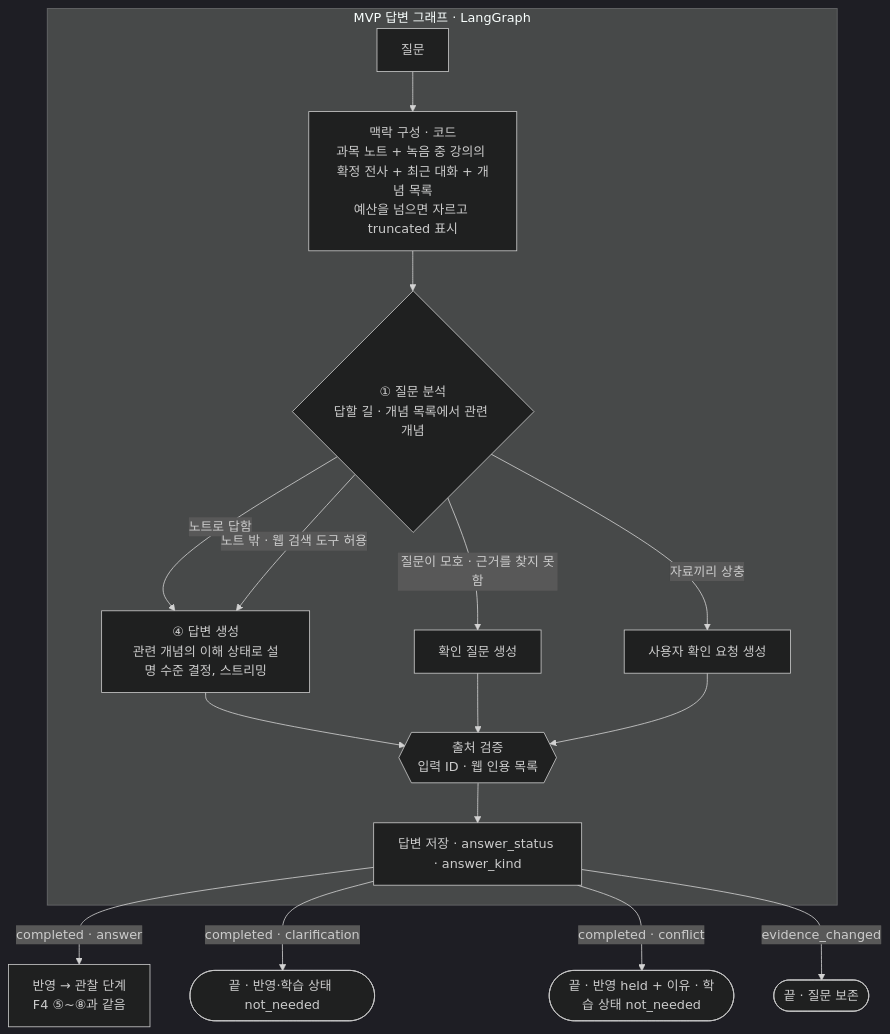
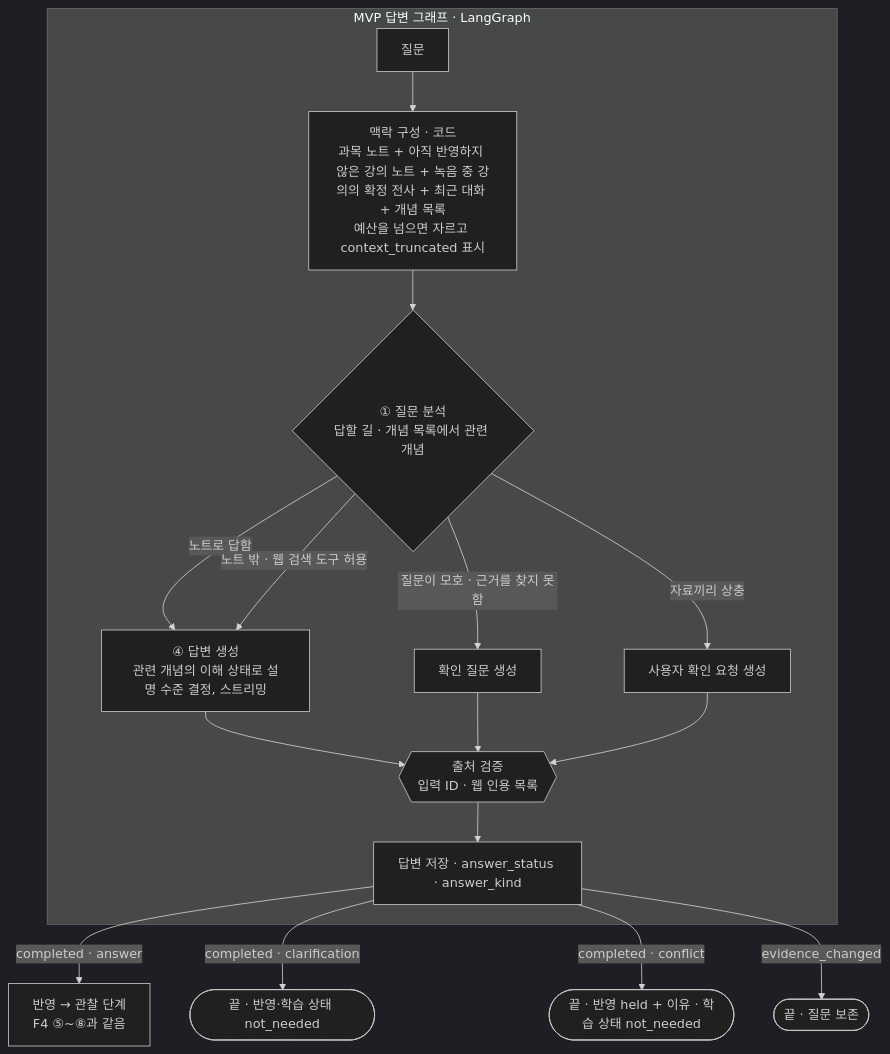
The second of 2 diagrams in docs/schema-mvp.md (MinGyu-Kim0/notree), drawn with Mermaid (dark theme) before and after one commit. The commit also changed other lines of this file and 5 other files, not shown here.

````diff
--- a/docs/schema-mvp.md
+++ b/docs/schema-mvp.md
@@ -110,17 +115,17 @@
 ```mermaid
 flowchart TB
   subgraph QA_GRAPH[MVP 답변 그래프 · LangGraph]
-  Q[질문] --> CTX[맥락 구성 · 코드<br/>과목 노트 + 녹음 중 강의의 확정 전사 + 최근 대화 + 개념 목록<br/>예산을 넘으면 자르고 truncated 표시]
+  Q[질문] --> CTX[맥락 구성 · 코드<br/>과목 노트 + 아직 반영하지 않은 강의 노트 + 녹음 중 강의의 확정 전사 + 최근 대화 + 개념 목록<br/>예산을 넘으면 자르고 context_truncated 표시]
   CTX --> AN{① 질문 분석<br/>답할 길 · 개념 목록에서 관련 개념}
   AN -- 노트로 답함 --> ANS[④ 답변 생성<br/>관련 개념의 이해 상태로 설명 수준 결정, 스트리밍]
   AN -- 노트 밖 · 웹 검색 도구 허용 --> ANS
   AN -- 질문이 모호 · 근거를 찾지 못함 --> CLR[확인 질문 생성]
   AN -- 자료끼리 상충 --> CON[사용자 확인 요청 생성]
   ANS & CLR & CON --> VAL{{출처 검증<br/>입력 ID · 웹 인용 목록}}
   VAL --> SAVE[답변 저장 · answer_status · answer_kind]
   end
   SAVE -- completed · answer --> AFTER[반영 → 관찰 단계<br/>F4 ⑤~⑧과 같음]
   SAVE -- completed · clarification --> END2([끝 · 반영·학습 상태 not_needed])
   SAVE -- completed · conflict --> END3([끝 · 반영 held + 이유 · 학습 상태 not_needed])
   SAVE -- evidence_changed --> END1([끝 · 질문 보존])
 ```
````
